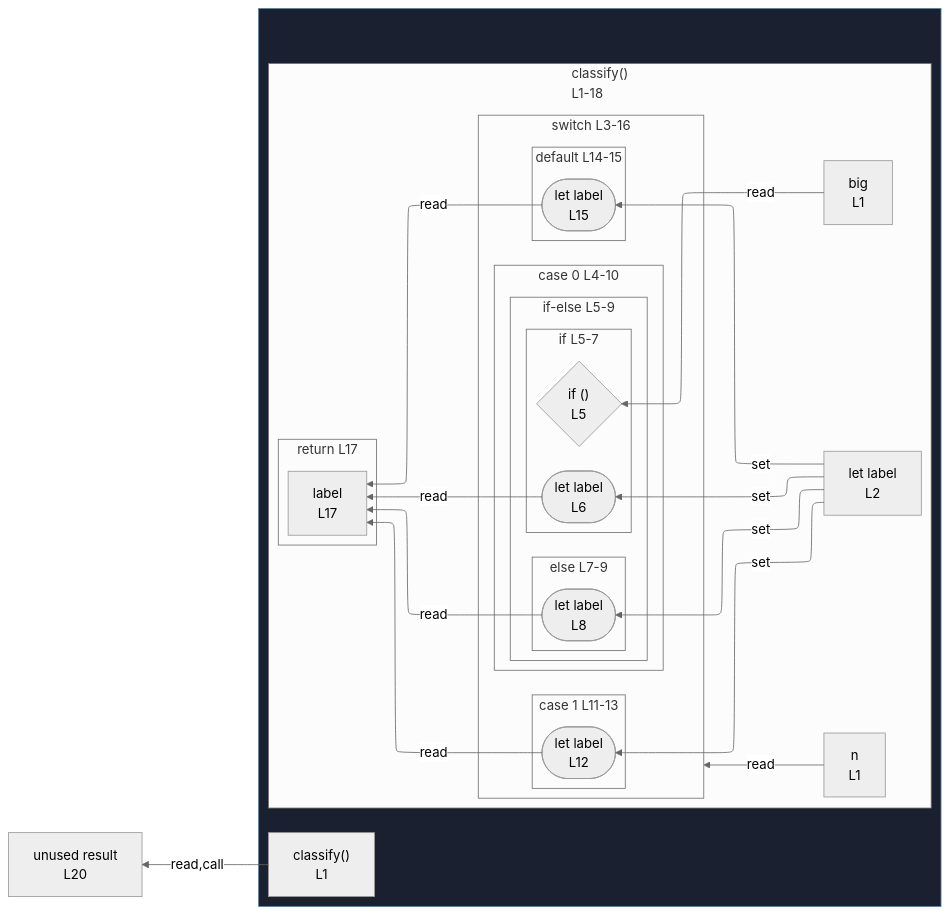
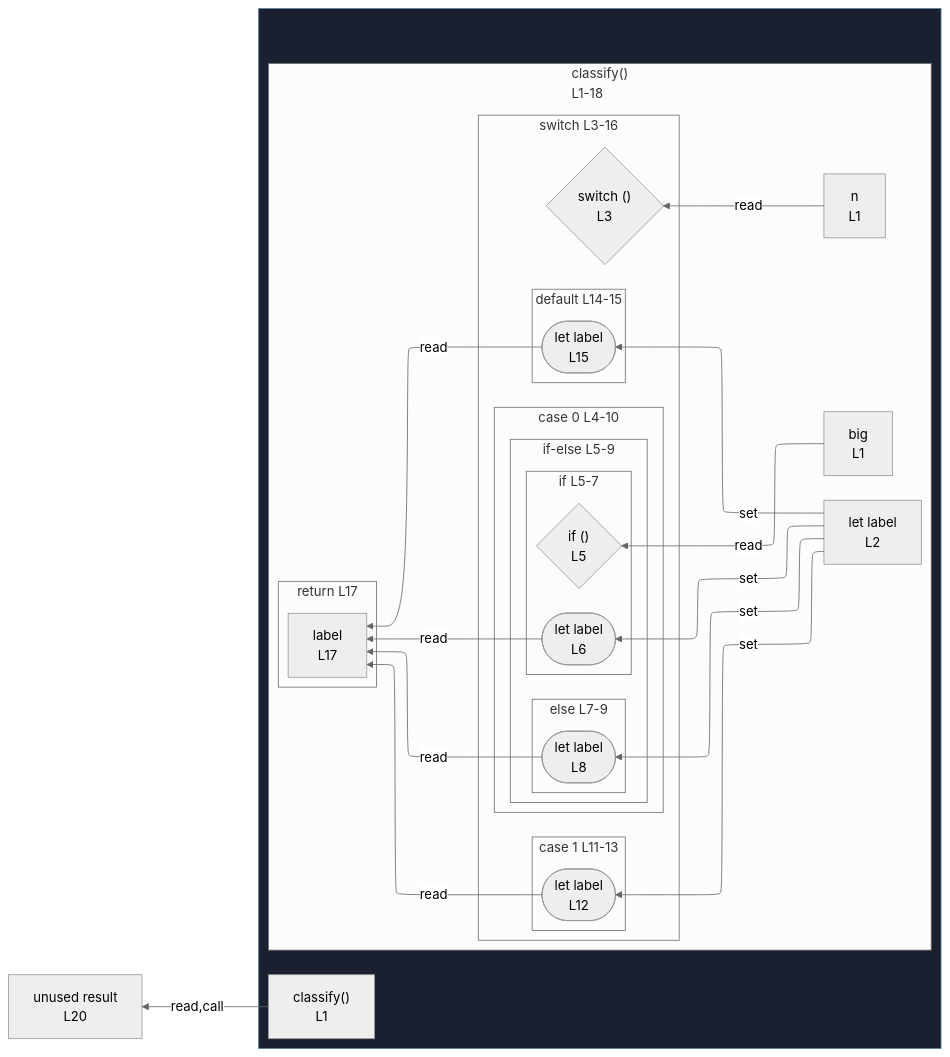
Before and after one commit to crescware/unsnarl: the diagram in integration/fixtures/control-switch-with-inner-if/preview.md, drawn with Mermaid (neutral theme). The commit also changed 65 other files, not shown here.

````diff
--- a/integration/fixtures/control-switch-with-inner-if/preview.md
+++ b/integration/fixtures/control-switch-with-inner-if/preview.md
@@ -30,58 +30,59 @@
 ```mermaid
 %%{init: {"flowchart": {"defaultRenderer": "elk"}}}%%
 flowchart RL
   n_scope_0_result_307["unused result<br/>L20"]
   subgraph wrap_s_scope_1[" "]
     direction TB
     n_scope_0_classify_9["classify()<br/>L1"]
     subgraph s_scope_1["classify()<br/>L1-18"]
       direction RL
       n_scope_1_n_18["n<br/>L1"]
       n_scope_1_big_29["big<br/>L1"]
       n_scope_1_label_51["let label<br/>L2"]
       subgraph s_scope_2["switch L3-16"]
         direction RL
+        switch_discriminant_scope_1_60{"switch ()<br/>L3"}
         subgraph s_scope_3["case 0 L4-10"]
           direction RL
           subgraph cont_if_scope_3_91["if-else L5-9"]
             direction RL
             subgraph s_scope_4["if L5-7"]
               direction RL
               if_test_scope_3_91{"if ()<br/>L5"}
               wr_ref_2(["let label<br/>L6"])
             end
             subgraph s_scope_5["else L7-9"]
               direction RL
               wr_ref_3(["let label<br/>L8"])
             end
           end
         end
         subgraph s_scope_6["case 1 L11-13"]
           direction RL
           wr_ref_4(["let label<br/>L12"])
         end
         subgraph s_scope_7["default L14-15"]
           direction RL
           wr_ref_5(["let label<br/>L15"])
         end
       end
       subgraph s_return_scope_0_classify_9_284_297["return L17"]
         direction RL
         ret_use_ref_6["label<br/>L17"]
       end
     end
   end
   n_scope_1_label_51 -->|set| wr_ref_2
   n_scope_1_label_51 -->|set| wr_ref_3
   n_scope_1_label_51 -->|set| wr_ref_4
   n_scope_1_label_51 -->|set| wr_ref_5
-  n_scope_1_n_18 -->|read| s_scope_2
+  n_scope_1_n_18 -->|read| switch_discriminant_scope_1_60
   n_scope_1_big_29 -->|read| if_test_scope_3_91
   wr_ref_2 -->|read| ret_use_ref_6
   wr_ref_3 -->|read| ret_use_ref_6
   wr_ref_4 -->|read| ret_use_ref_6
   wr_ref_5 -->|read| ret_use_ref_6
   n_scope_0_classify_9 -->|read,call| n_scope_0_result_307
   classDef fnWrap fill:#1a2030,stroke:#5a7d99;
   class wrap_s_scope_1 fnWrap;
 ```
````
